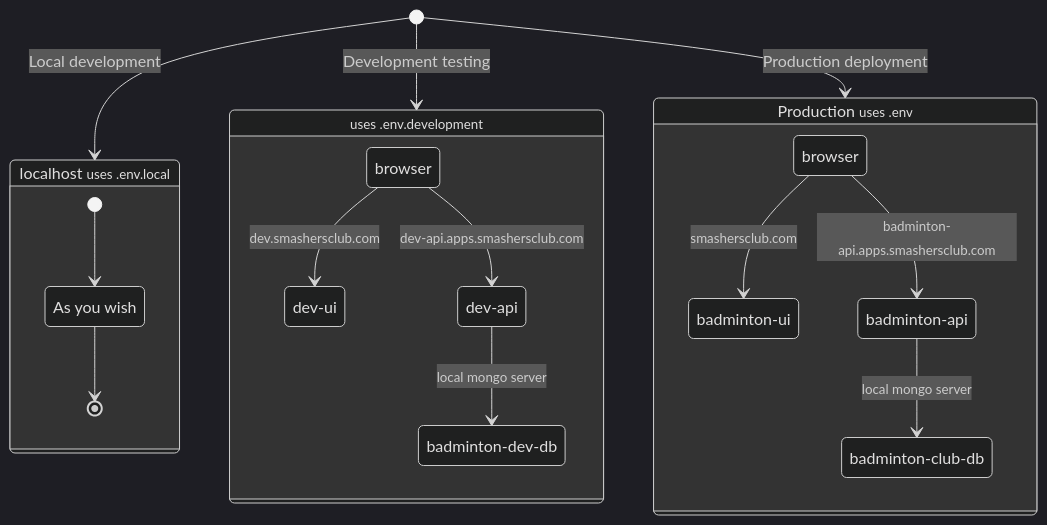
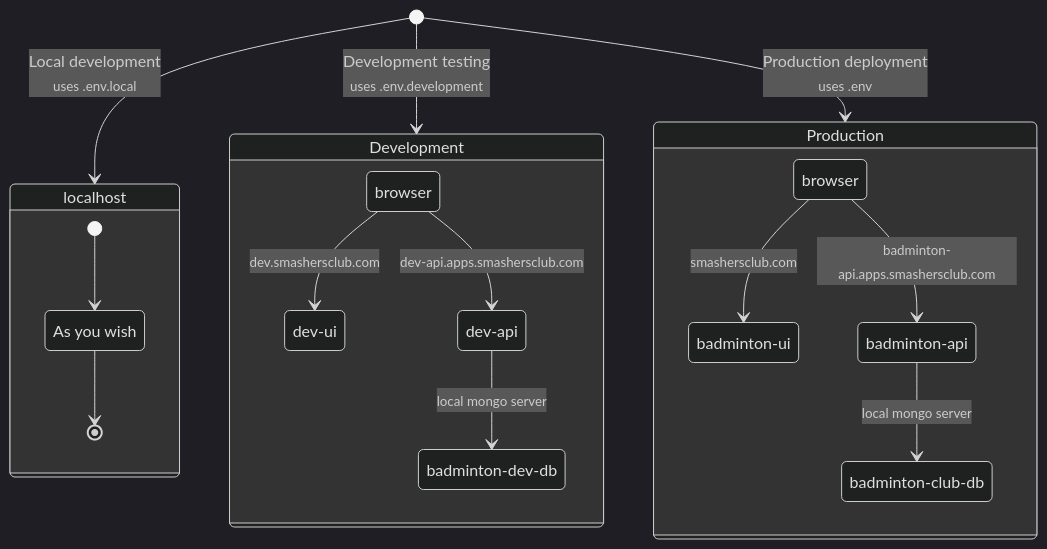
One commit to Almere-Badminton-Club/Badminton-Club-Server changed the diagram in README.md. Above: the diagram before and after it, drawn with Mermaid (dark theme).

Commit message:
Updating mermaid flow

````diff
--- a/README.md
+++ b/README.md
@@ -60,36 +60,36 @@
 ```mermaid
 
 stateDiagram-v2
-    [*] --> Local : Local development
-    Local: localhost <small>uses .env.local</small>
+    [*] --> Local : Local development<br/><small>uses .env.local</small>
+    Local: localhost
     state Local {
         custom: As you wish
         [*] --> custom
         custom --> [*]
     }
 
-    [*] --> Development : Development testing
-    Development: <small>uses .env.development</small>
+    [*] --> Development : Development testing<br/><small>uses .env.development</small>
+    Development: Development
     state Development {
         A: browser
         B: dev-ui
         C: dev-api
         D: badminton-dev-db
         A --> B :  <small>dev.smashersclub.com</small>
         A --> C :  <small>dev-api.apps.smashersclub.com</small>
         C --> D : <small>local mongo server</small>
     }
 
-    [*] --> Production : Production deployment
-    Production: Production <small>uses .env</small>
+    [*] --> Production : Production deployment<br/><small>uses .env</small>
+    Production: Production
     state Production {
         W: browser
         X: badminton-ui
         Y: badminton-api
         Z: badminton-club-db
         W --> X :  <small>smashersclub.com</small>
         W --> Y :  <small>badminton-api.apps.smashersclub.com</small>
         Y --> Z : <small>local mongo server</small>
     }
 
 ```
````
